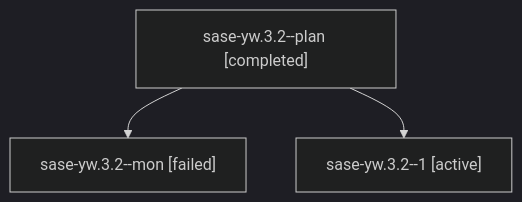
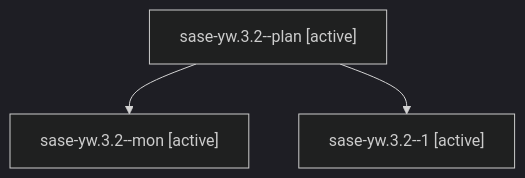
Before and after one commit to sase-org/sase--agents: the diagram in families/bbugyi200.athena.sase-yw.3.2.md, drawn with Mermaid (dark theme). The commit also changed other lines of this file and 35830 other files, not shown here.

````diff
--- a/families/bbugyi200.athena.sase-yw.3.2.md
+++ b/families/bbugyi200.athena.sase-yw.3.2.md
@@ -9,8 +9,8 @@
 ```mermaid
 flowchart TD
-  n0["sase-yw.3.2--plan [completed]"]
-  n1["sase-yw.3.2--mon [failed]"]
+  n0["sase-yw.3.2--plan [active]"]
+  n1["sase-yw.3.2--mon [active]"]
   n0 --> n1
   n2["sase-yw.3.2--1 [active]"]
   n0 --> n2
 ```
````
